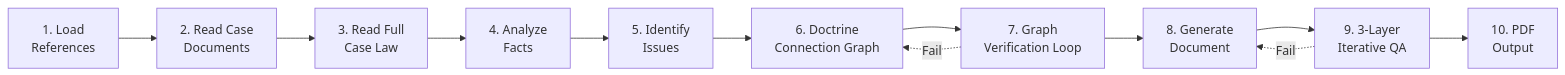
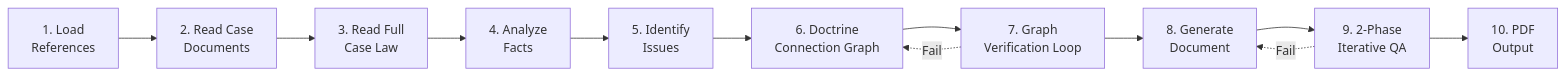
Before and after one commit to MegasKomnenos/legal-harness: the diagram in README.en.md, drawn with Mermaid. The commit also changed other lines of this file and 13 other files, not shown here.

````diff
--- a/README.en.md
+++ b/README.en.md
@@ -13,14 +13,14 @@
 ```mermaid
 flowchart LR
     A["1. Load\nReferences"] --> B["2. Read Case\nDocuments"]
     B --> C["3. Read Full\nCase Law"] 
     C --> D["4. Analyze\nFacts"]
     D --> E["5. Identify\nIssues"]
     E --> F["6. Doctrine\nConnection Graph"]
     F --> G["7. Graph\nVerification Loop"]
     G --> H["8. Generate\nDocument"]
-    H --> I["9. 3-Layer\nIterative QA"]
+    H --> I["9. 2-Phase\nIterative QA"]
     I --> J["10. PDF\nOutput"]
     I -.->|Fail| H
     G -.->|Fail| F
 ```
````
